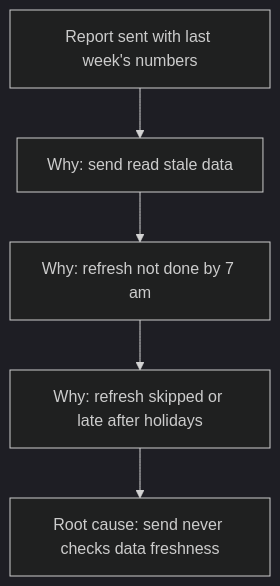
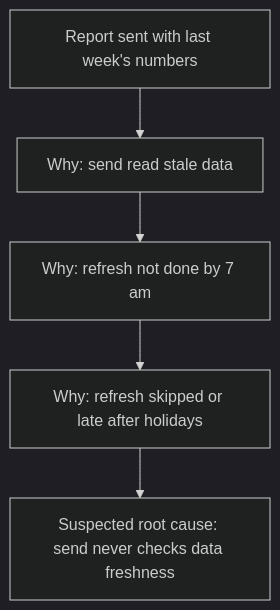
One commit to peakstate-global/peakstate-skills changed the diagram in evals/transcripts/root-cause-case3-2026-09-29.md. Above: the diagram before and after it, drawn with Mermaid (dark theme). The commit also changed other lines of this file and 3 other files, not shown here.

First line of the commit message:
fix(root-cause): re-rank on ruled-out cause, label unconfirmed chains as suspected

````diff
--- a/evals/transcripts/root-cause-case3-2026-09-29.md
+++ b/evals/transcripts/root-cause-case3-2026-09-29.md
@@ -52,7 +52,7 @@
 ```mermaid
 flowchart TD
   P["Report sent with last week's numbers"] --> W1["Why: send read stale data"]
   W1 --> W2["Why: refresh not done by 7 am"]
   W2 --> W3["Why: refresh skipped or late after holidays"]
-  W3 --> R["Root cause: send never checks data freshness"]
+  W3 --> R["Suspected root cause: send never checks data freshness"]
 ```
````
